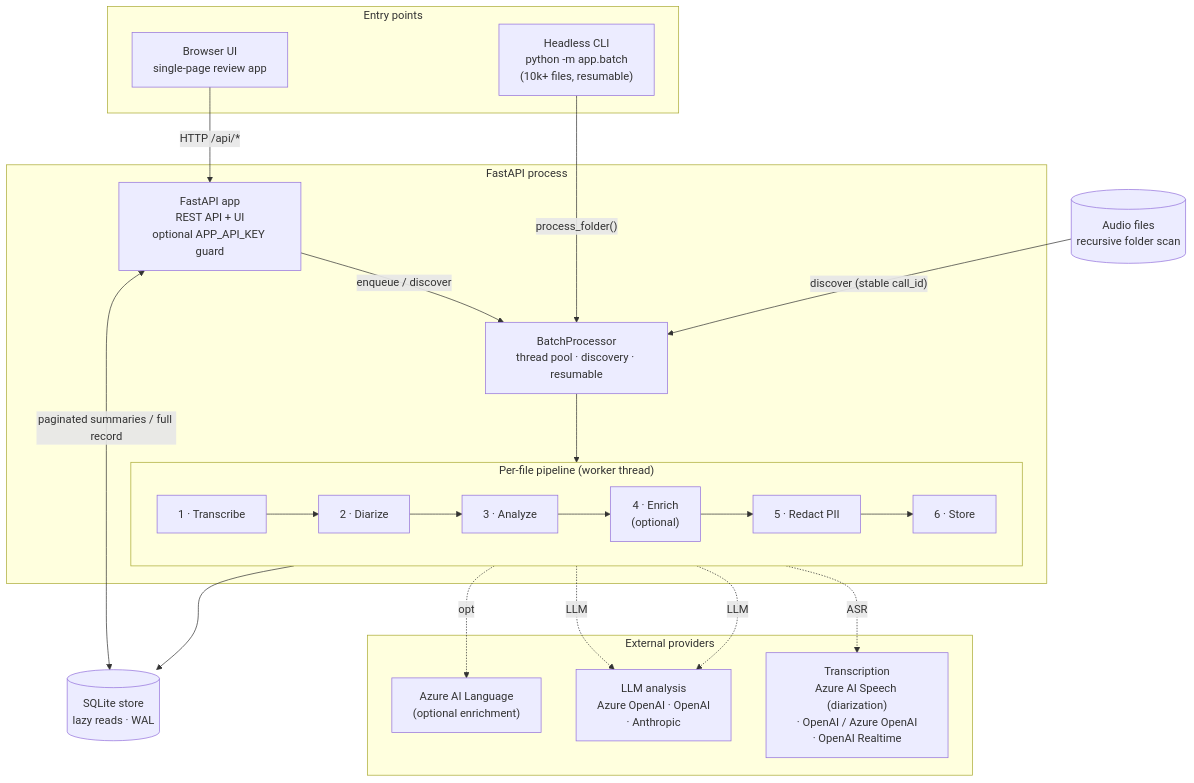
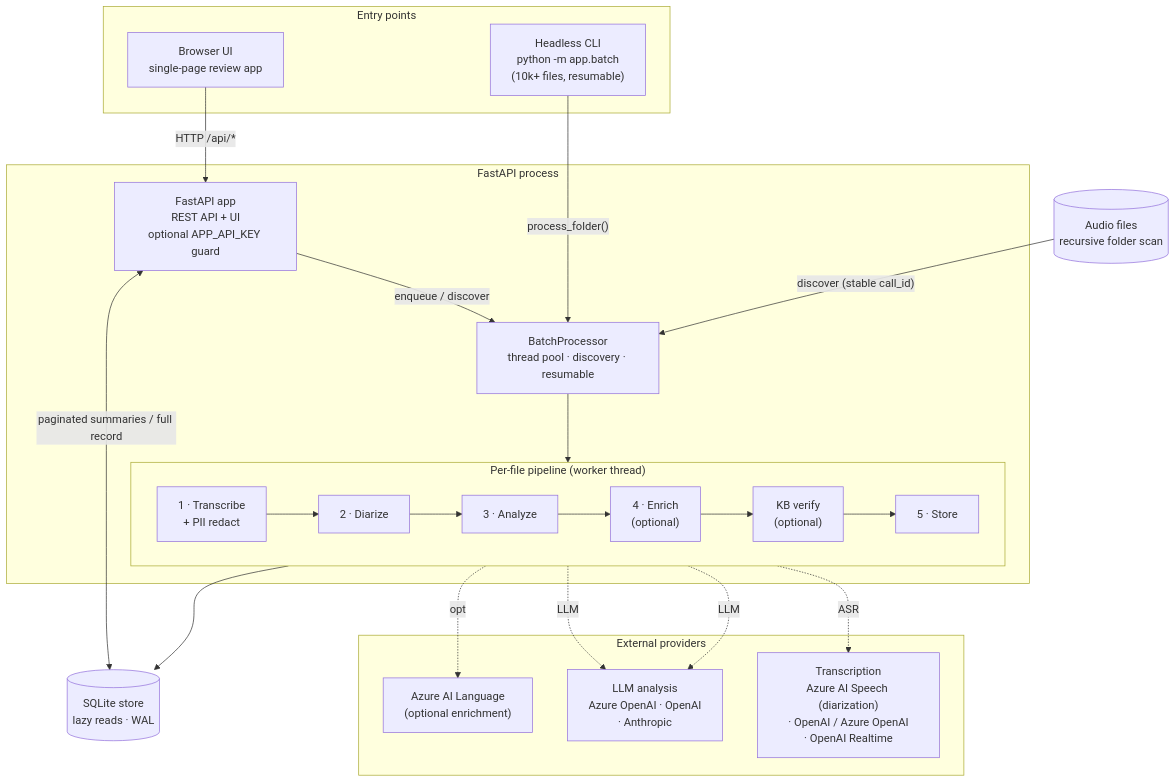
The diagram in docs/ARCHITECTURE.md (chanthaphan/callcentervoice), drawn with Mermaid before and after one commit. The commit also changed other lines of this file and 4 other files, not shown here.

````diff
--- a/docs/ARCHITECTURE.md
+++ b/docs/ARCHITECTURE.md
@@ -32,38 +38,38 @@
 ```mermaid
 flowchart TB
   subgraph clients["Entry points"]
     UI["Browser UI<br/>single-page review app"]
     CLI["Headless CLI<br/>python -m app.batch<br/>(10k+ files, resumable)"]
   end
 
   AUDIO[("Audio files<br/>recursive folder scan")]
 
   subgraph app["FastAPI process"]
     API["FastAPI app<br/>REST API + UI<br/>optional APP_API_KEY guard"]
     BP["BatchProcessor<br/>thread pool · discovery · resumable"]
     subgraph pipe["Per-file pipeline (worker thread)"]
       direction LR
-      T["1 · Transcribe"] --> D["2 · Diarize"] --> AN["3 · Analyze"] --> EN["4 · Enrich<br/>(optional)"] --> RD["5 · Redact PII"] --> ST["6 · Store"]
+      T["1 · Transcribe<br/>+ PII redact"] --> D["2 · Diarize"] --> AN["3 · Analyze"] --> EN["4 · Enrich<br/>(optional)"] --> KBV["KB verify<br/>(optional)"] --> ST["5 · Store"]
     end
   end
 
   DB[("SQLite store<br/>lazy reads · WAL")]
 
   subgraph ext["External providers"]
     ASR["Transcription<br/>Azure AI Speech (diarization)<br/>· OpenAI / Azure OpenAI<br/>· OpenAI Realtime"]
     LLM["LLM analysis<br/>Azure OpenAI · OpenAI<br/>· Anthropic"]
     LANG["Azure AI Language<br/>(optional enrichment)"]
   end
 
   UI -->|"HTTP /api/*"| API
   CLI -->|"process_folder()"| BP
   API -->|"enqueue / discover"| BP
   AUDIO -->|"discover (stable call_id)"| BP
   BP --> pipe
   T -.->|"ASR"| ASR
   D -.->|"LLM"| LLM
   AN -.->|"LLM"| LLM
   EN -.->|"opt"| LANG
   ST --> DB
   API <-->|"paginated summaries / full record"| DB
 ```
````
